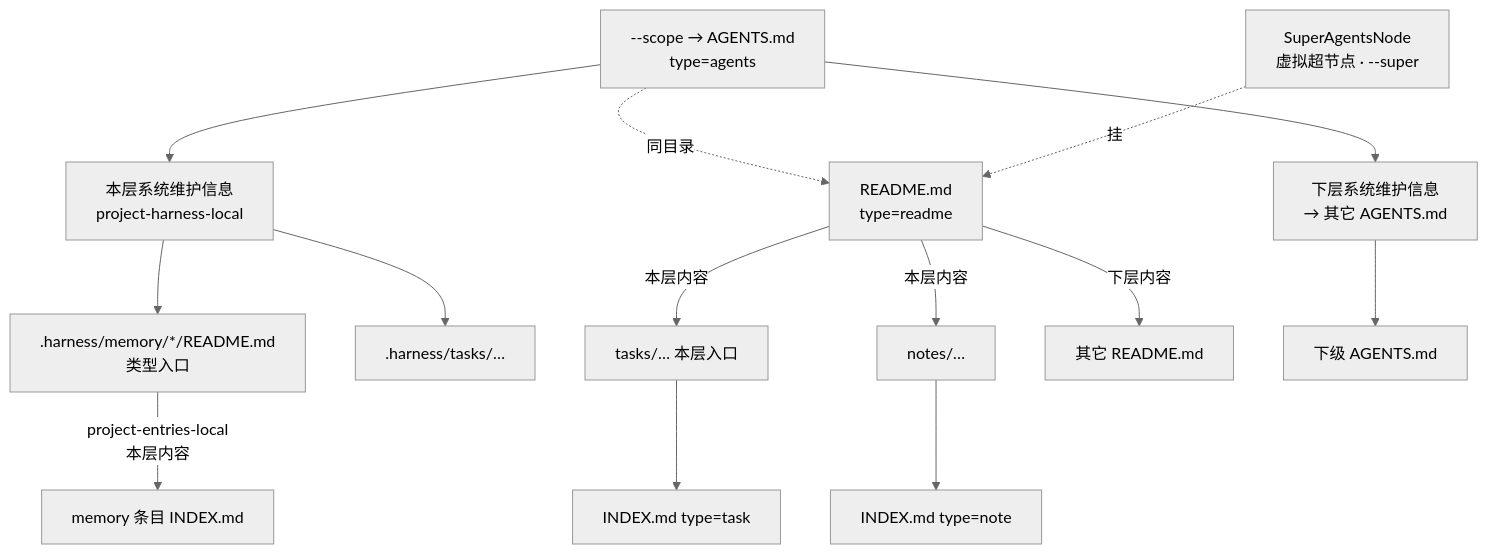
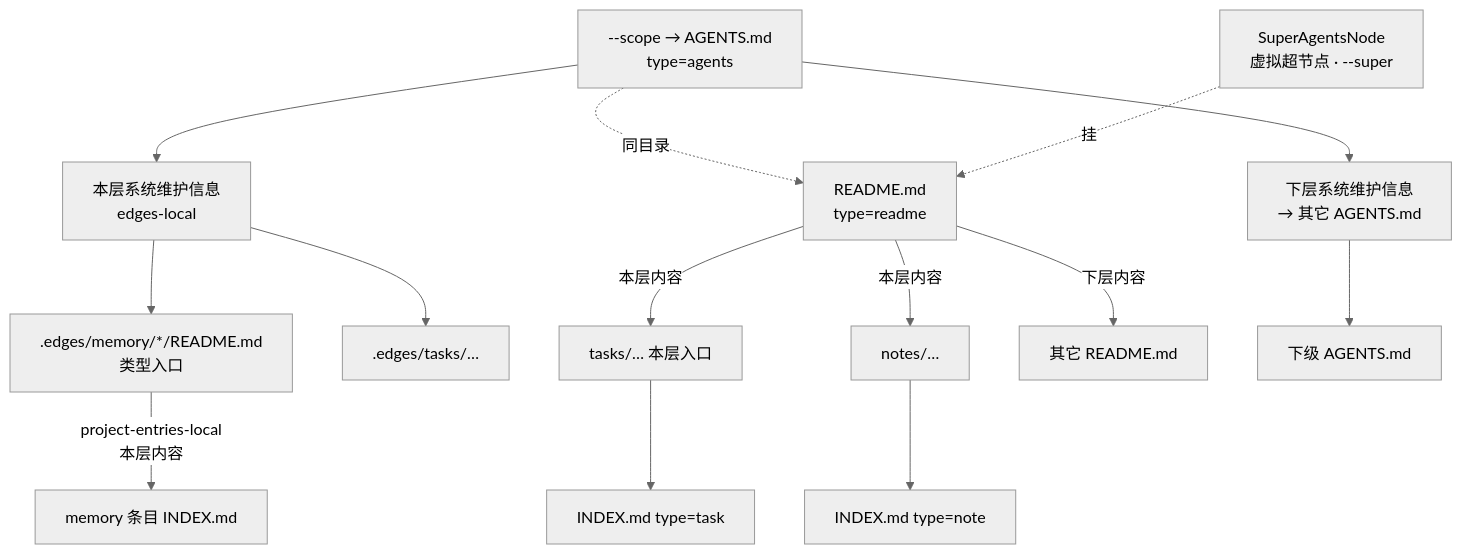
Before and after one commit to VirusPC/edges: the second of 4 diagrams in docs/superpowers/plans/2026-10-06-recursive-system-two-entries.md, drawn with Mermaid (neutral theme). The commit also changed other lines of this file and 897 other files, not shown here.

First line of the commit message:
feat: 材料目录从 .harness 更名为 .edges (#67)

````diff
--- a/docs/superpowers/plans/2026-10-06-recursive-system-two-entries.md
+++ b/docs/superpowers/plans/2026-10-06-recursive-system-two-entries.md
@@ -66,20 +66,20 @@
 ```mermaid
 flowchart TB
   VR["SuperAgentsNode<br/>虚拟超节点 · --super"] -.->|挂| RR
-  Scope["--scope → AGENTS.md<br/>type=agents"] --> Maint["本层系统维护信息<br/>project-harness-local"]
+  Scope["--scope → AGENTS.md<br/>type=agents"] --> Maint["本层系统维护信息<br/>edges-local"]
   Scope --> DownA["下层系统维护信息<br/>→ 其它 AGENTS.md"]
   Scope -.同目录.-> RR["README.md<br/>type=readme"]
 
-  Maint --> TypeIdx[".harness/memory/*/README.md<br/>类型入口"]
-  Maint --> HTasks[".harness/tasks/…"]
+  Maint --> TypeIdx[".edges/memory/*/README.md<br/>类型入口"]
+  Maint --> HTasks[".edges/tasks/…"]
   TypeIdx -->|"project-entries-local<br/>本层内容"| MemLeaf["memory 条目 INDEX.md"]
 
   RR -->|"本层内容"| Tasks["tasks/… 本层入口"]
   RR -->|"本层内容"| Notes["notes/…"]
   RR -->|"下层内容"| NestedR["其它 README.md"]
 
   Tasks --> Task["INDEX.md type=task"]
   Notes --> Note["INDEX.md type=note"]
 
   DownA --> ChildA["下级 AGENTS.md"]
 ```
````
